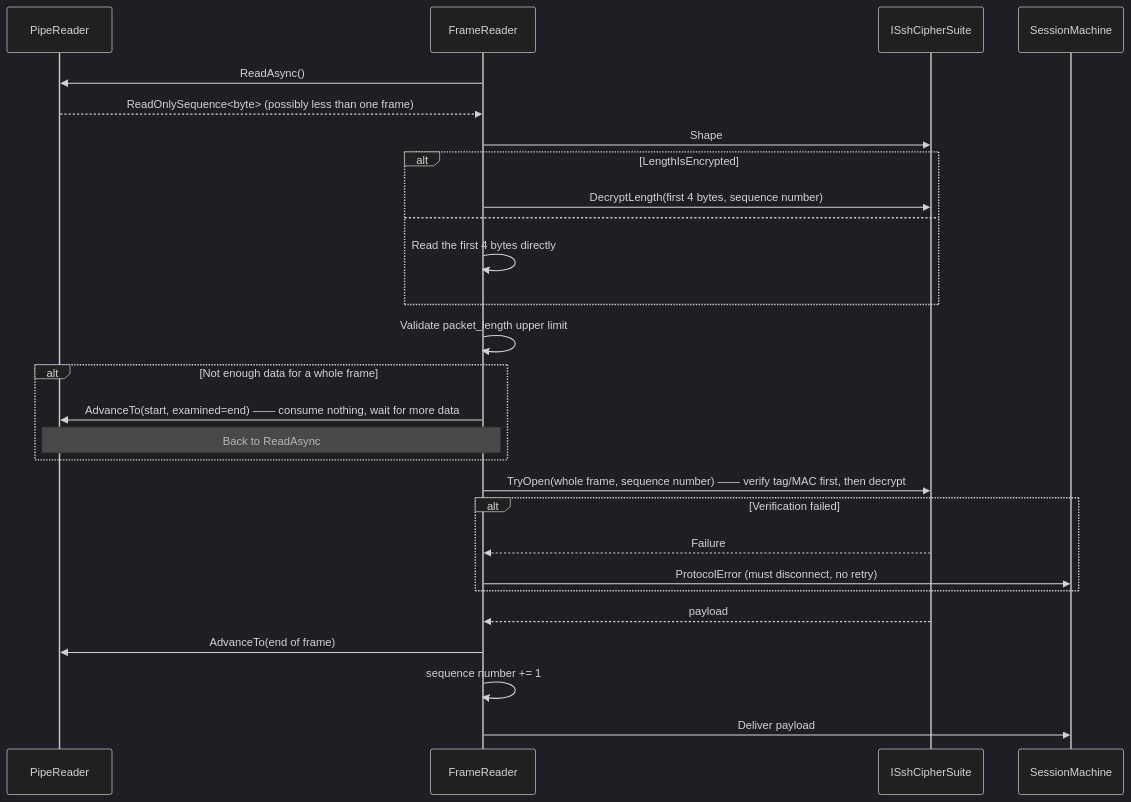
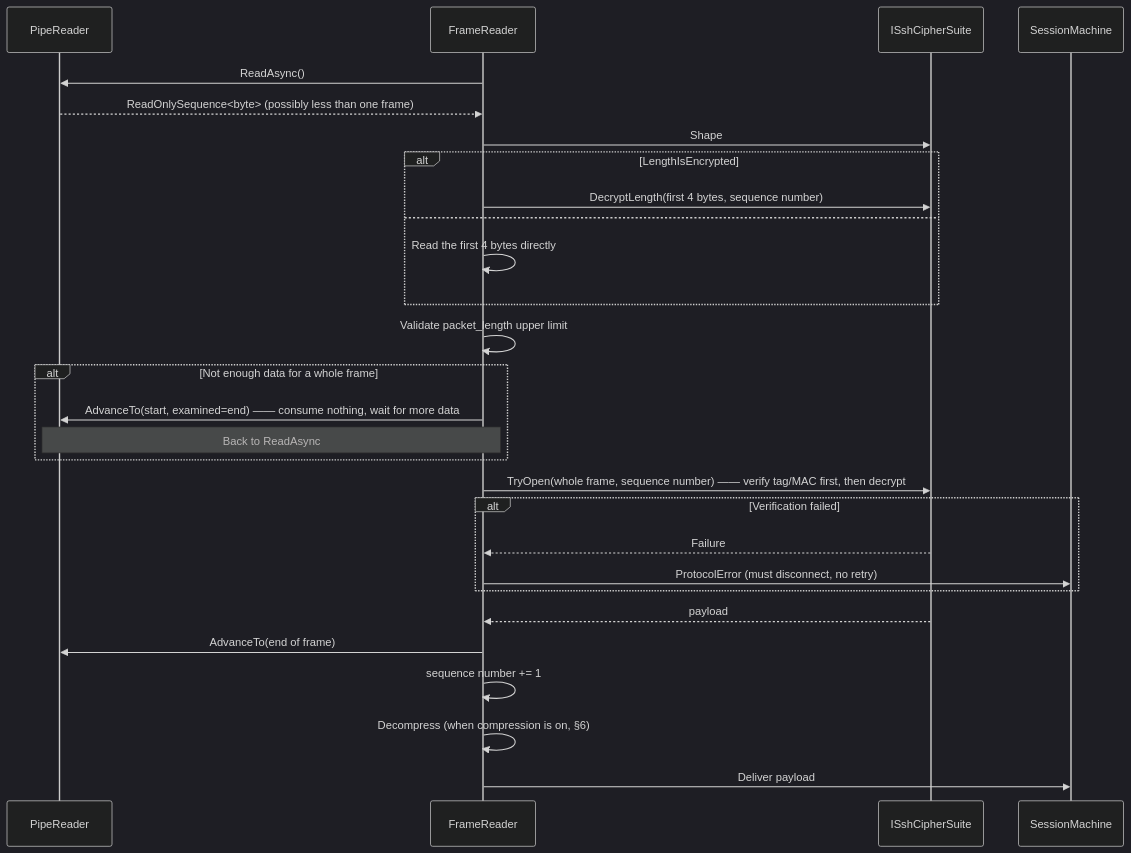
The first of 2 diagrams in en/ssh/spec/01-transport-framing.md (VelaShellLabs/velashell-docs), drawn with Mermaid (dark theme) before and after one commit. The commit also changed other lines of this file and 19 other files, not shown here.

````diff
--- a/en/ssh/spec/01-transport-framing.md
+++ b/en/ssh/spec/01-transport-framing.md
@@ -178,30 +181,31 @@
 ```mermaid
 sequenceDiagram
     participant P as PipeReader
     participant F as FrameReader
     participant C as ISshCipherSuite
     participant S as SessionMachine
 
     F->>P: ReadAsync()
     P-->>F: ReadOnlySequence<byte> (possibly less than one frame)
     F->>C: Shape
     alt LengthIsEncrypted
         F->>C: DecryptLength(first 4 bytes, sequence number)
     else
         F->>F: Read the first 4 bytes directly
     end
     F->>F: Validate packet_length upper limit
     alt Not enough data for a whole frame
         F->>P: AdvanceTo(start, examined=end) —— consume nothing, wait for more data
         Note over F,P: Back to ReadAsync
     end
     F->>C: TryOpen(whole frame, sequence number) —— verify tag/MAC first, then decrypt
     alt Verification failed
         C-->>F: Failure
         F->>S: ProtocolError (must disconnect, no retry)
     end
     C-->>F: payload
     F->>P: AdvanceTo(end of frame)
     F->>F: sequence number += 1
+    F->>F: Decompress (when compression is on, §6)
     F->>S: Deliver payload
 ```
````
